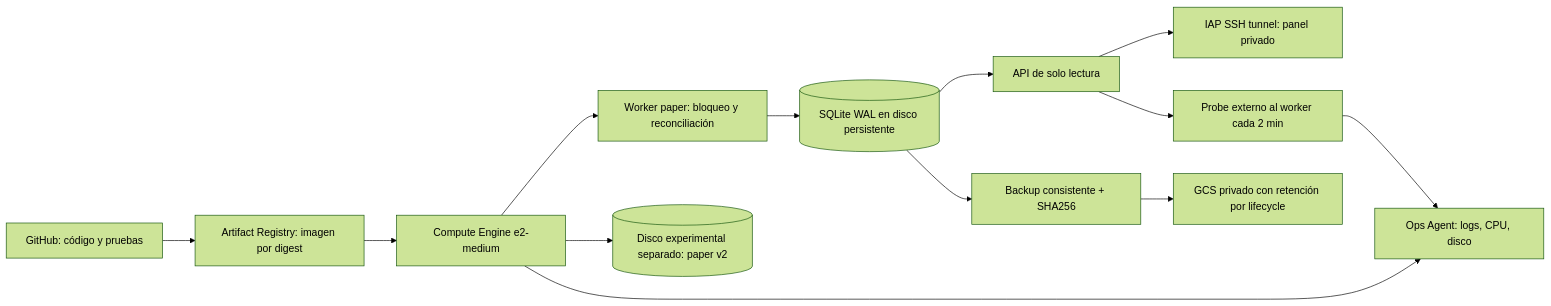
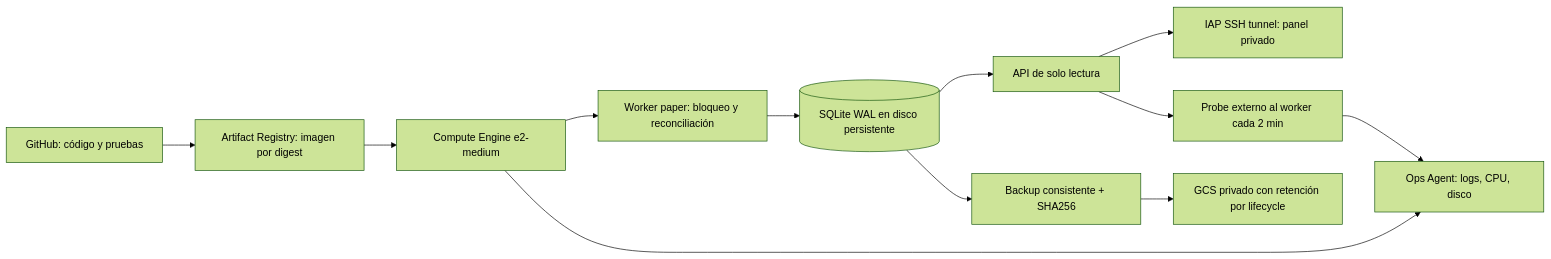
One commit to MarioB19/trading-lab changed the diagram in docs/GCP_ARCHITECTURE.md. Above: the diagram before and after it, drawn with Mermaid (forest theme). The commit also changed other lines of this file and 39 other files, not shown here.

````diff
--- a/docs/GCP_ARCHITECTURE.md
+++ b/docs/GCP_ARCHITECTURE.md
@@ -7,15 +7,14 @@
 ```mermaid
 flowchart LR
   GH[GitHub: código y pruebas] --> AR[Artifact Registry: imagen por digest]
   AR --> VM[Compute Engine e2-medium]
   VM --> W[Worker paper: bloqueo y reconciliación]
   W --> DB[(SQLite WAL en disco persistente)]
-  VM --> EXP[(Disco experimental separado: paper v2)]
   DB --> API[API de solo lectura]
   API --> IAP[IAP SSH tunnel: panel privado]
   DB --> BK[Backup consistente + SHA256]
   BK --> GCS[GCS privado con retención por lifecycle]
   VM --> MON[Ops Agent: logs, CPU, disco]
   API --> HB[Probe externo al worker cada 2 min]
   HB --> MON
 ```
````
